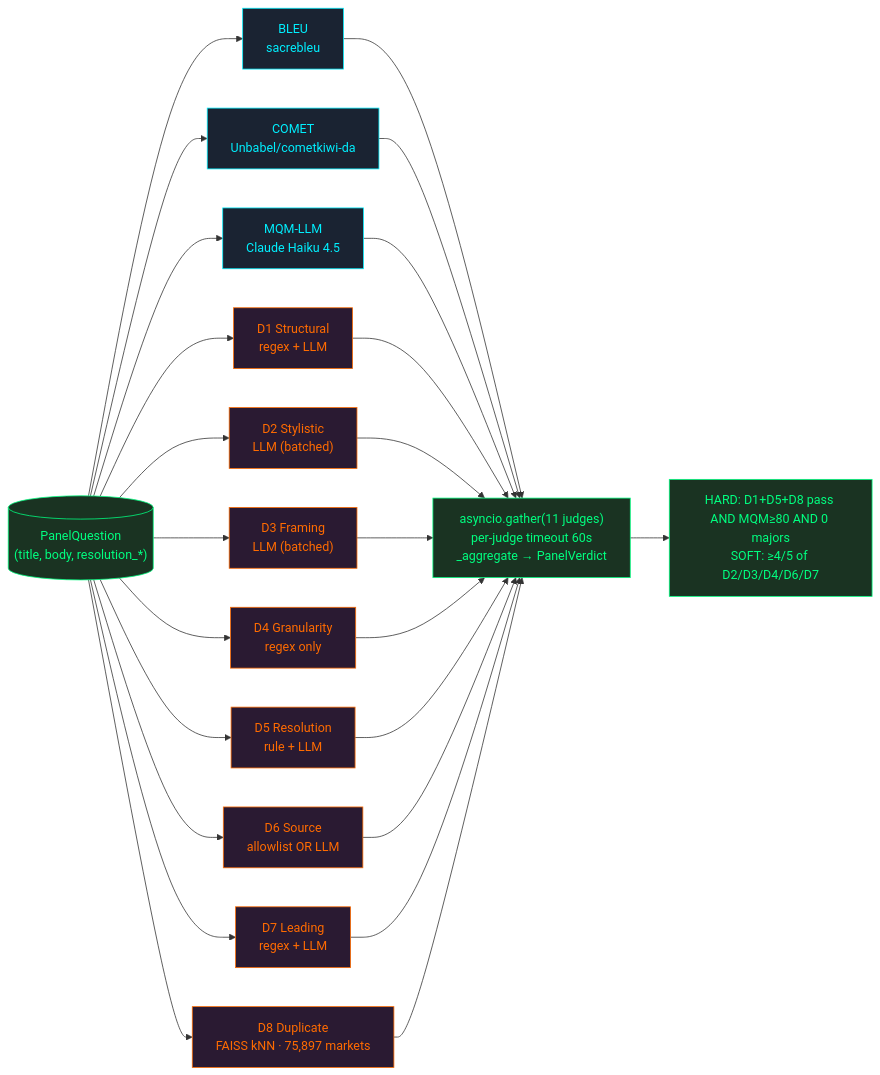
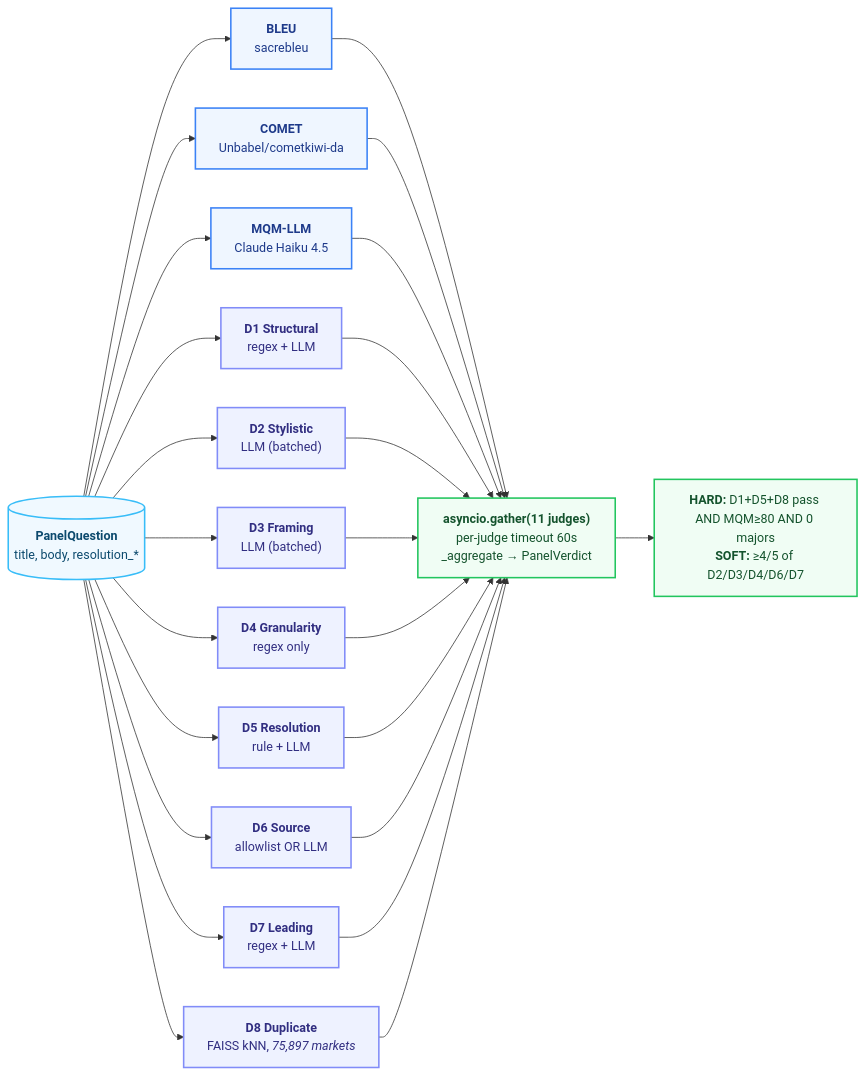
One commit to licaomeng/polyglot-alpha changed diagram 11 of 12 in README.md. Above: the diagram before and after it, drawn with Mermaid. The commit also changed other lines of this file, not shown here.

First line of the commit message:
docs(readme): apply Apple-style palette to all mermaid diagrams

````diff
--- a/README.md
+++ b/README.md
@@ -763,37 +775,38 @@
 ```mermaid
 flowchart LR
-    classDef tr fill:#1a2332,stroke:#00f0ff,color:#00f0ff
-    classDef st fill:#2a1a32,stroke:#ff6b00,color:#ff6b00
-    classDef agg fill:#1a3322,stroke:#00ff80,color:#00ff80
+    classDef tr fill:#EFF6FF, stroke:#3B82F6, color:#1E3A8A, stroke-width:2px
+    classDef st fill:#EEF2FF, stroke:#818CF8, color:#312E81, stroke-width:2px
+    classDef agg fill:#F0FDF4, stroke:#22C55E, color:#14532D, stroke-width:2px
+    classDef data fill:#F0F9FF, stroke:#38BDF8, color:#0C4A6E, stroke-width:2px
 
-    Q[("PanelQuestion<br/>(title, body, resolution_*)")]:::agg
+    Q[("<b>PanelQuestion</b><br/>title, body, resolution_*")]:::data
 
-    BLEU["BLEU<br/>sacrebleu"]:::tr
-    COMET["COMET<br/>Unbabel/cometkiwi-da"]:::tr
-    MQM["MQM-LLM<br/>Claude Haiku 4.5"]:::tr
+    BLEU["<b>BLEU</b><br/>sacrebleu"]:::tr
+    COMET["<b>COMET</b><br/>Unbabel/cometkiwi-da"]:::tr
+    MQM["<b>MQM-LLM</b><br/>Claude Haiku 4.5"]:::tr
 
-    D1["D1 Structural<br/>regex + LLM"]:::st
-    D2["D2 Stylistic<br/>LLM (batched)"]:::st
-    D3["D3 Framing<br/>LLM (batched)"]:::st
-    D4["D4 Granularity<br/>regex only"]:::st
-    D5["D5 Resolution<br/>rule + LLM"]:::st
-    D6["D6 Source<br/>allowlist OR LLM"]:::st
-    D7["D7 Leading<br/>regex + LLM"]:::st
-    D8["D8 Duplicate<br/>FAISS kNN · 75,897 markets"]:::st
+    D1["<b>D1 Structural</b><br/>regex + LLM"]:::st
+    D2["<b>D2 Stylistic</b><br/>LLM (batched)"]:::st
+    D3["<b>D3 Framing</b><br/>LLM (batched)"]:::st
+    D4["<b>D4 Granularity</b><br/>regex only"]:::st
+    D5["<b>D5 Resolution</b><br/>rule + LLM"]:::st
+    D6["<b>D6 Source</b><br/>allowlist OR LLM"]:::st
+    D7["<b>D7 Leading</b><br/>regex + LLM"]:::st
+    D8["<b>D8 Duplicate</b><br/>FAISS kNN, <i>75,897 markets</i>"]:::st
 
-    AGG["asyncio.gather(11 judges)<br/>per-judge timeout 60s<br/>_aggregate → PanelVerdict"]:::agg
-    V["HARD: D1+D5+D8 pass AND MQM≥80 AND 0 majors<br/>SOFT: ≥4/5 of D2/D3/D4/D6/D7"]:::agg
+    AGG["<b>asyncio.gather(11 judges)</b><br/>per-judge timeout 60s<br/>_aggregate → PanelVerdict"]:::agg
+    V["<b>HARD:</b> D1+D5+D8 pass AND MQM≥80 AND 0 majors<br/><b>SOFT:</b> ≥4/5 of D2/D3/D4/D6/D7"]:::agg
 
     Q --> BLEU --> AGG
     Q --> COMET --> AGG
     Q --> MQM --> AGG
     Q --> D1 --> AGG
     Q --> D2 --> AGG
     Q --> D3 --> AGG
     Q --> D4 --> AGG
     Q --> D5 --> AGG
     Q --> D6 --> AGG
     Q --> D7 --> AGG
     Q --> D8 --> AGG
     AGG --> V
 ```
````
